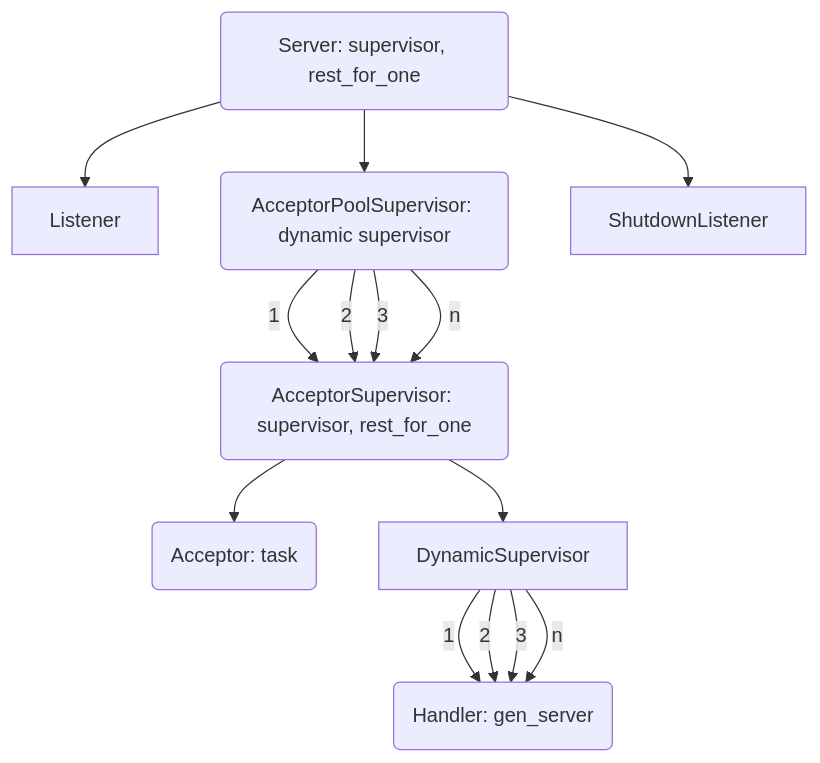
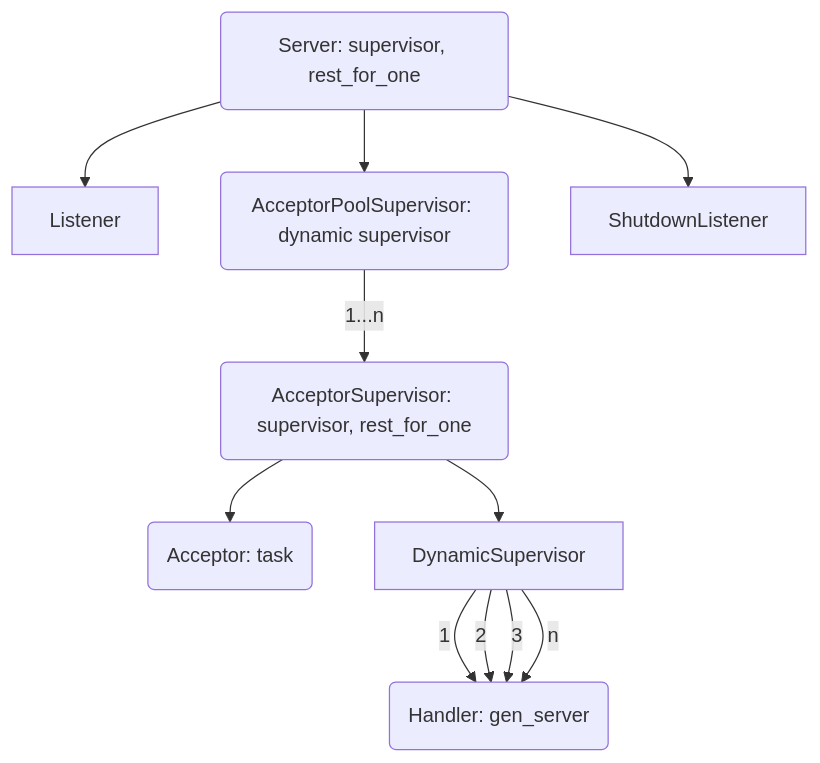
Before and after one commit to mtrudel/thousand_island: the diagram in README.md, drawn with Mermaid.

Commit message:
Update README.md
More cleanly diagram the `1...n` relationship

````diff
--- a/README.md
+++ b/README.md
@@ -118,16 +118,13 @@
 ```mermaid
 graph TD;
   Server(Server: supervisor, rest_for_one)-->Listener;
   Server-->AcceptorPoolSupervisor(AcceptorPoolSupervisor: dynamic supervisor);
-  AcceptorPoolSupervisor--1-->AcceptorSupervisor(AcceptorSupervisor: supervisor, rest_for_one)
-  AcceptorPoolSupervisor--2-->AcceptorSupervisor
-  AcceptorPoolSupervisor--3-->AcceptorSupervisor
-  AcceptorPoolSupervisor--n-->AcceptorSupervisor
+  AcceptorPoolSupervisor--1...n-->AcceptorSupervisor(AcceptorSupervisor: supervisor, rest_for_one)
   AcceptorSupervisor-->Acceptor(Acceptor: task)
   AcceptorSupervisor-->DynamicSupervisor
   DynamicSupervisor--1-->Handler(Handler: gen_server)
   DynamicSupervisor--2-->Handler(Handler: gen_server)
   DynamicSupervisor--3-->Handler(Handler: gen_server)
   DynamicSupervisor--n-->Handler(Handler: gen_server)
   Server-->ShutdownListener;
 ```
````
